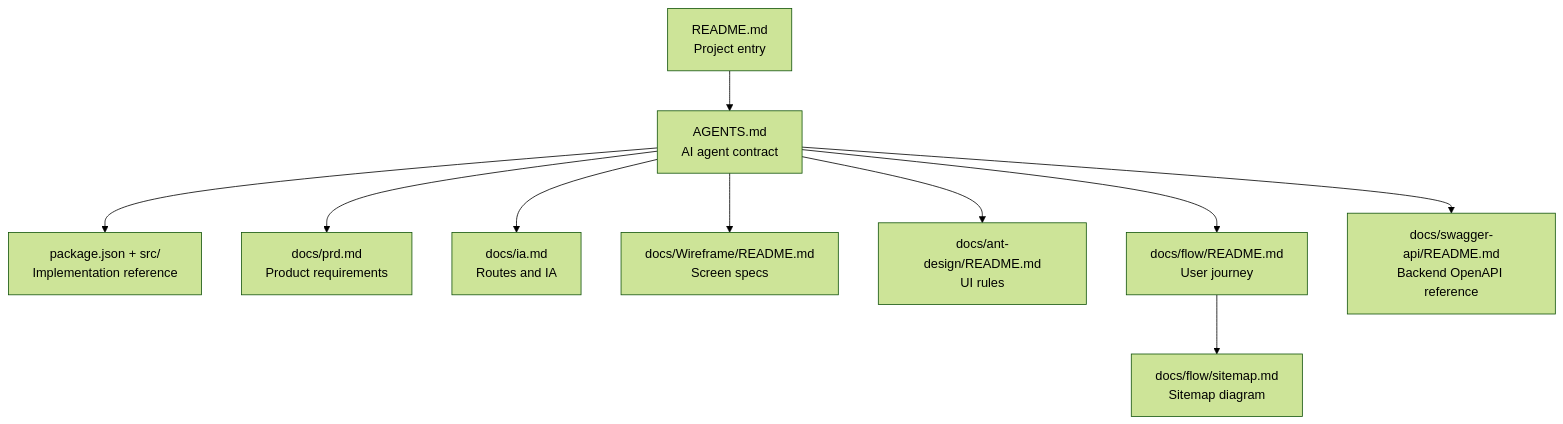
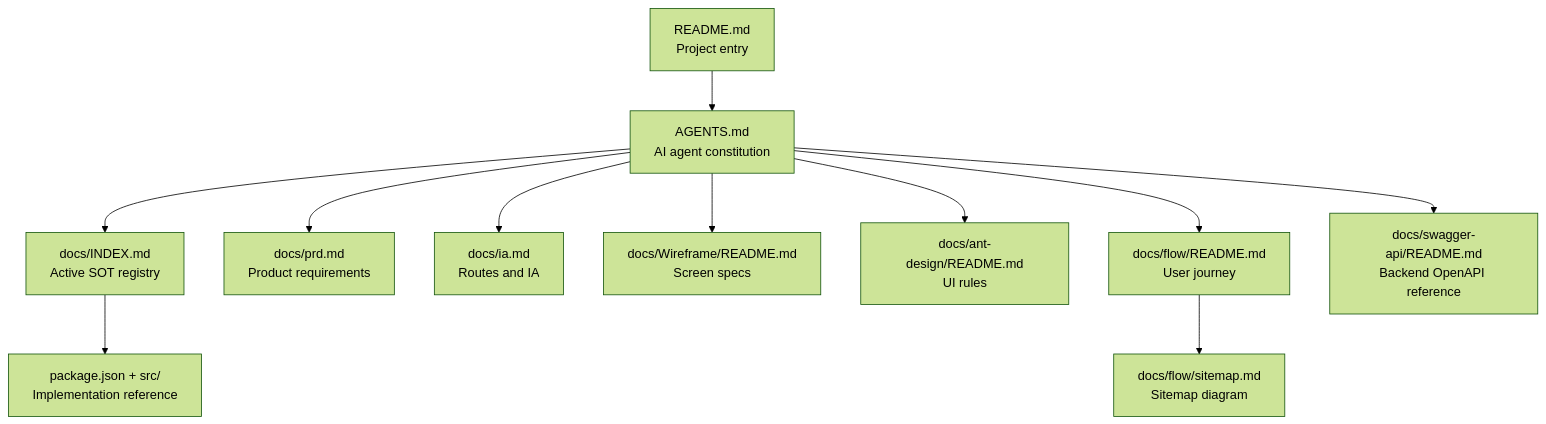
One commit to blackstarzck/topik-project-v13 changed the eighth of 8 diagrams in README.md. Above: the diagram before and after it, drawn with Mermaid (forest theme). The commit also changed other lines of this file and 21 other files, not shown here.

````diff
--- a/README.md
+++ b/README.md
@@ -226,12 +226,13 @@
 ```mermaid
 flowchart TD
-    A["README.md<br/>Project entry"] --> B["AGENTS.md<br/>AI agent contract"]
-    B --> C["package.json + src/<br/>Implementation reference"]
+    A["README.md<br/>Project entry"] --> B["AGENTS.md<br/>AI agent constitution"]
+    B --> R["docs/INDEX.md<br/>Active SOT registry"]
+    R --> C["package.json + src/<br/>Implementation reference"]
     B --> D["docs/prd.md<br/>Product requirements"]
     B --> E["docs/ia.md<br/>Routes and IA"]
     B --> F["docs/Wireframe/README.md<br/>Screen specs"]
     B --> G["docs/ant-design/README.md<br/>UI rules"]
     B --> H["docs/flow/README.md<br/>User journey"]
     B --> J["docs/swagger-api/README.md<br/>Backend OpenAPI reference"]
     H --> I["docs/flow/sitemap.md<br/>Sitemap diagram"]
 ```
````
